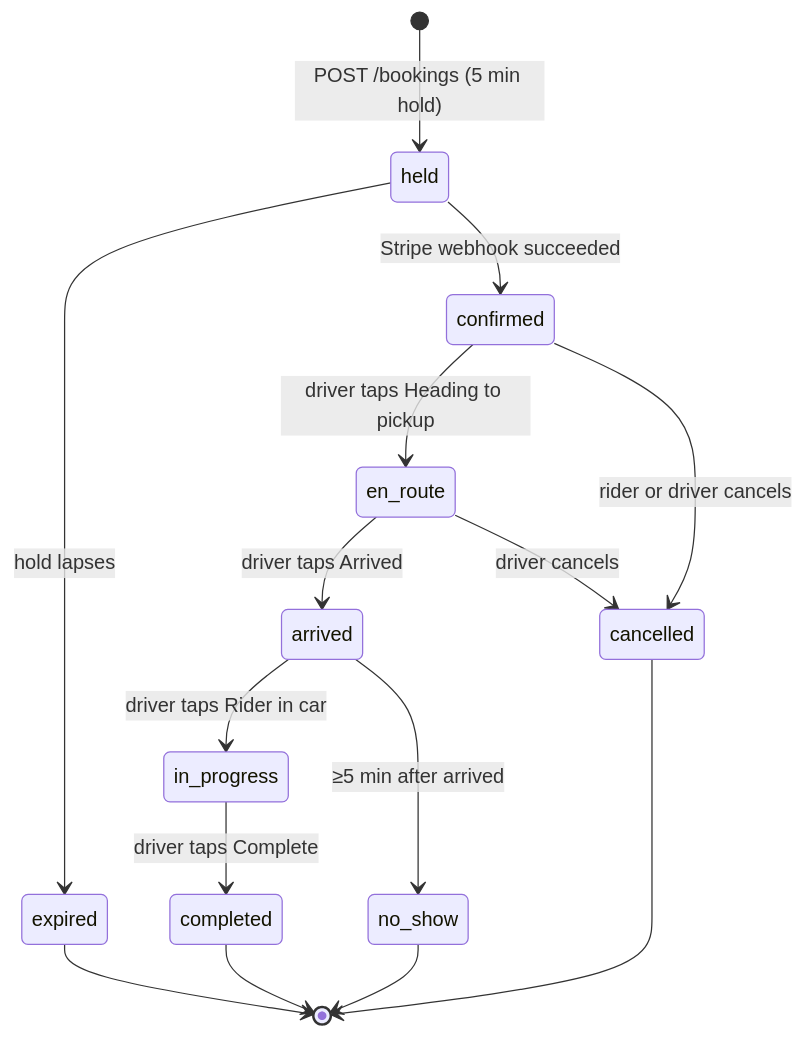
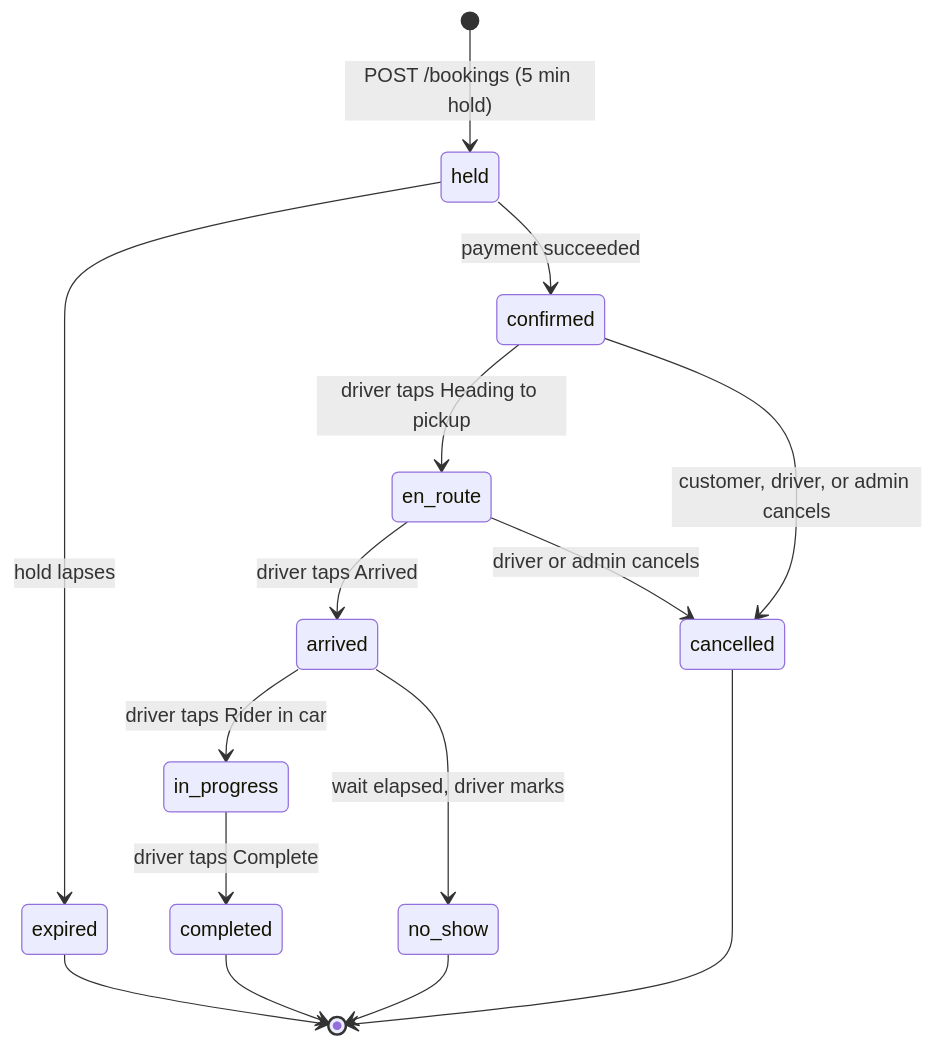
Before and after one commit to elwoodberry3/blaqtaxxi: the second of 2 diagrams in blaqtaxxi/docs/ARCHITECTURE.md, drawn with Mermaid. The commit also changed other lines of this file and 49 other files, not shown here.

````diff
--- a/blaqtaxxi/docs/ARCHITECTURE.md
+++ b/blaqtaxxi/docs/ARCHITECTURE.md
@@ -81,17 +114,17 @@
 ```mermaid
 stateDiagram-v2
   [*] --> held: POST /bookings (5 min hold)
   held --> expired: hold lapses
-  held --> confirmed: Stripe webhook succeeded
+  held --> confirmed: payment succeeded
   confirmed --> en_route: driver taps Heading to pickup
   en_route --> arrived: driver taps Arrived
   arrived --> in_progress: driver taps Rider in car
   in_progress --> completed: driver taps Complete
-  arrived --> no_show: ≥5 min after arrived
-  confirmed --> cancelled: rider or driver cancels
-  en_route --> cancelled: driver cancels
+  arrived --> no_show: wait elapsed, driver marks
+  confirmed --> cancelled: customer, driver, or admin cancels
+  en_route --> cancelled: driver or admin cancels
   completed --> [*]
   no_show --> [*]
   cancelled --> [*]
   expired --> [*]
 ```
````
